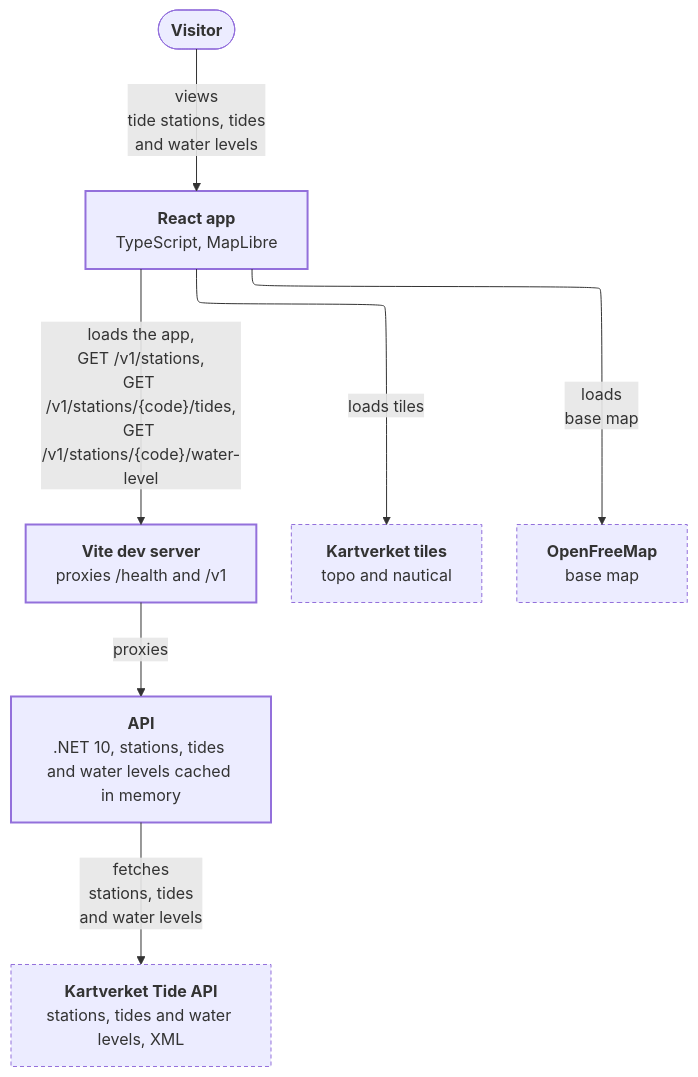
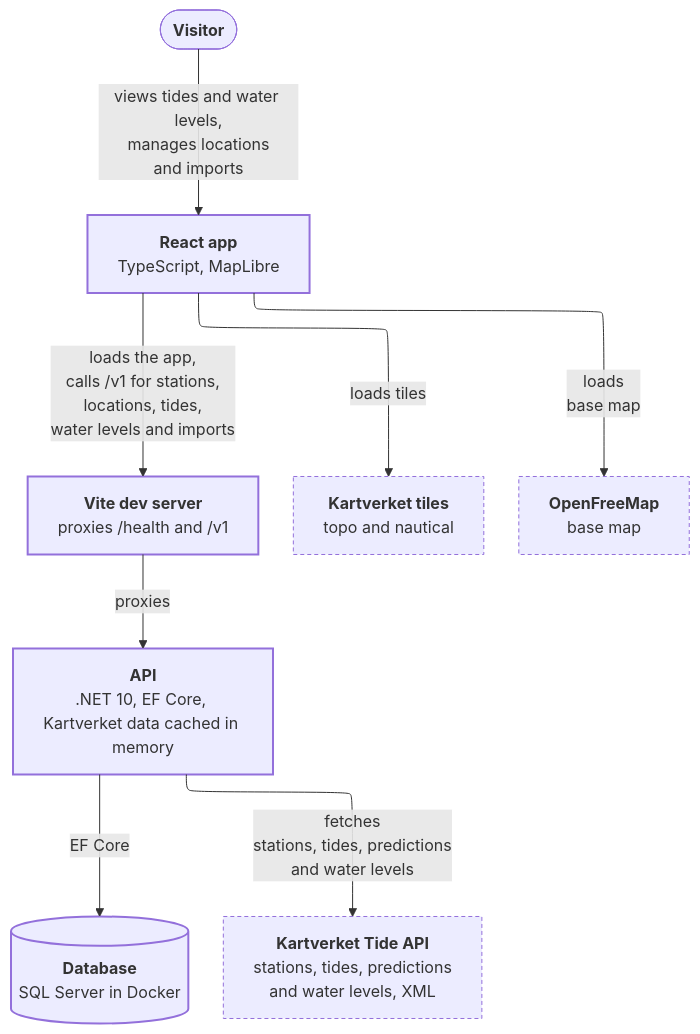
Before and after one commit to doccelick/tides: the second of 4 diagrams in docs/architecture.md, drawn with Mermaid. The commit also changed other lines of this file and 4 other files, not shown here.

First line of the commit message:
Docs/database and imports (#86)

````diff
--- a/docs/architecture.md
+++ b/docs/architecture.md
@@ -42,29 +42,31 @@
 ```mermaid
 ---
 config:
   layout: elk
   elk:
     mergeEdges: false
     nodePlacementStrategy: BRANDES_KOEPF
 ---
 flowchart TB
     visitor(["<b>Visitor</b>"])
 
     spa["<b>React app</b><br/>TypeScript, MapLibre"]:::tides
     vite["<b>Vite dev server</b><br/>proxies /health and /v1"]:::tides
-    api["<b>API</b><br/>.NET 10, stations, tides and water levels cached in memory"]:::tides
+    api["<b>API</b><br/>.NET 10, EF Core, Kartverket data cached in memory"]:::tides
+    db[("<b>Database</b><br/>SQL Server in Docker")]:::tides
 
     tiles["<b>Kartverket tiles</b><br/>topo and nautical"]:::ext
     baseMap["<b>OpenFreeMap</b><br/>base map"]:::ext
-    tideApi["<b>Kartverket Tide API</b><br/>stations, tides and water levels, XML"]:::ext
+    tideApi["<b>Kartverket Tide API</b><br/>stations, tides, predictions<br/>and water levels, XML"]:::ext
 
-    visitor -- "views<br/>tide stations, tides<br/>and water levels" --> spa
-    spa -- "loads the app,<br/>GET /v1/stations,<br/>GET /v1/stations/{code}/tides,<br/>GET /v1/stations/{code}/water-level" --> vite
+    visitor -- "views tides and water levels,<br/>manages locations<br/>and imports" --> spa
+    spa -- "loads the app,<br/>calls /v1 for stations,<br/>locations, tides,<br/>water levels and imports" --> vite
     vite -- "proxies" --> api
     spa -- "loads tiles" --> tiles
     spa -- "loads<br/>base map" --> baseMap
-    api -- "fetches<br/>stations, tides<br/>and water levels" --> tideApi
+    api -- "fetches<br/>stations, tides, predictions<br/>and water levels" --> tideApi
+    api -- "EF Core" --> db
 
     classDef tides stroke-width:2px
     classDef ext stroke-dasharray:4 3
 ```
````
